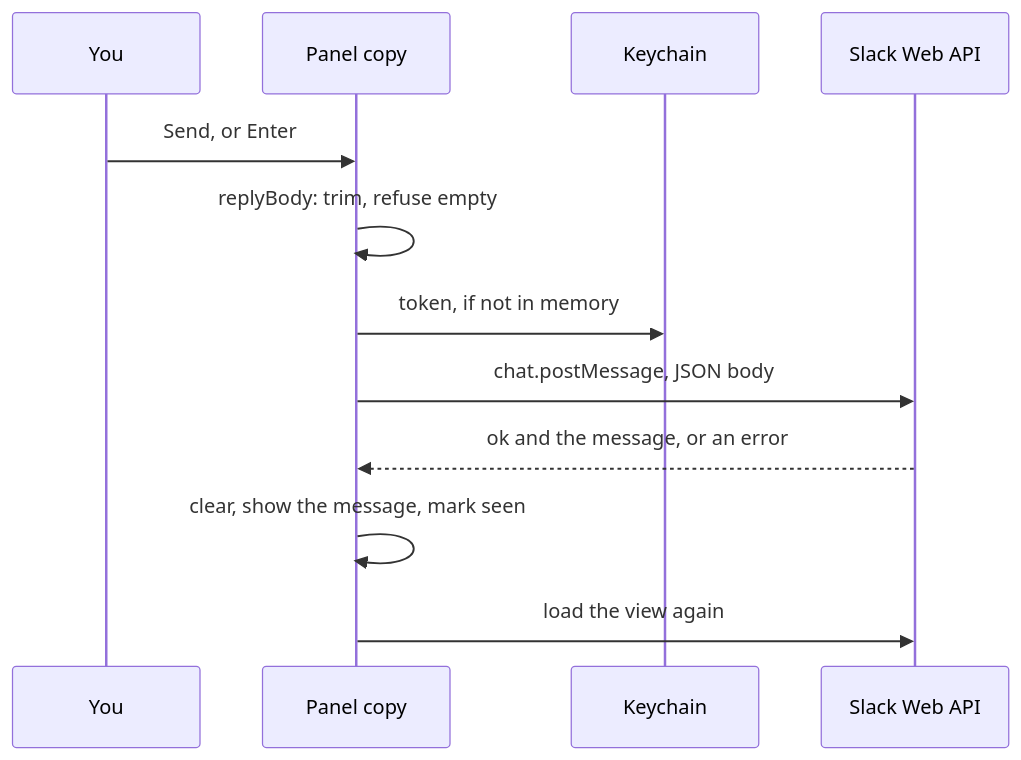
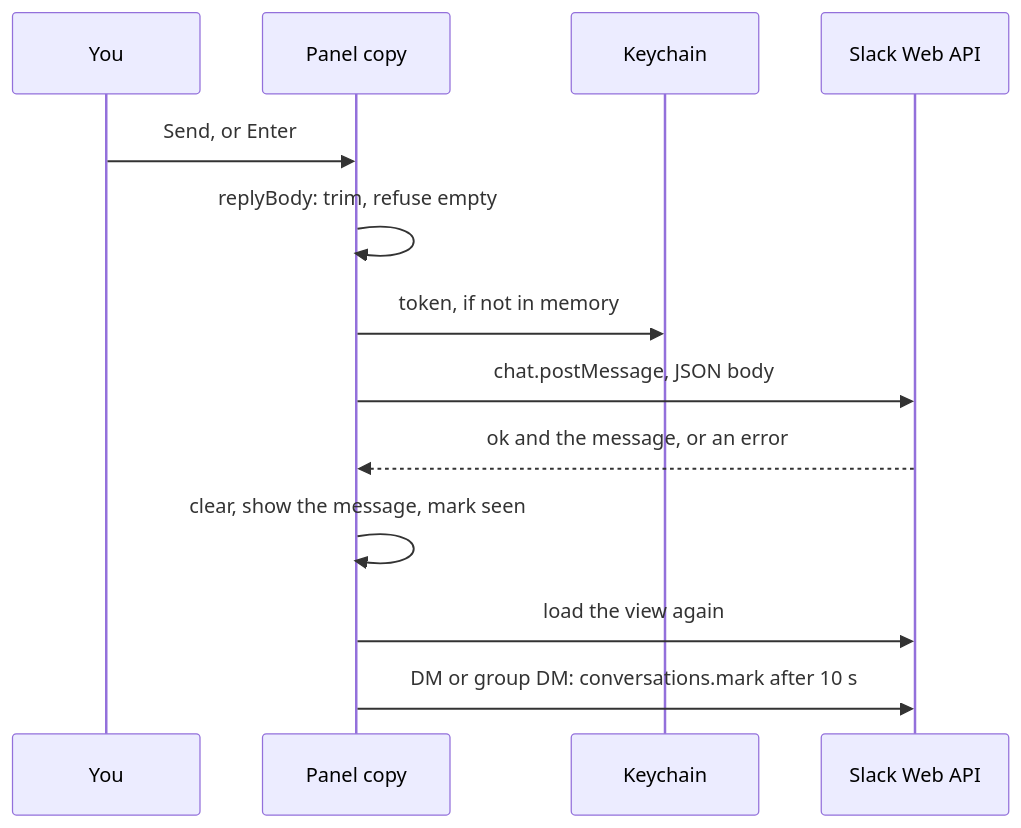
The fifth of 7 diagrams in docs/architecture.md (Captain-Sangam/herdr-slack), drawn with Mermaid before and after one commit. The commit also changed other lines of this file and 18 other files, not shown here.

First line of the commit message:
feat(slack): mark read in Slack with conversations.mark

````diff
--- a/docs/architecture.md
+++ b/docs/architecture.md
@@ -215,14 +256,15 @@
 ```mermaid
 sequenceDiagram
   participant U as You
   participant P as Panel copy
   participant K as Keychain
   participant S as Slack Web API
   U->>P: Send, or Enter
   P->>P: replyBody: trim, refuse empty
   P->>K: token, if not in memory
   P->>S: chat.postMessage, JSON body
   S-->>P: ok and the message, or an error
   P->>P: clear, show the message, mark seen
   P->>S: load the view again
+  P->>S: DM or group DM: conversations.mark after 10 s
 ```
````
